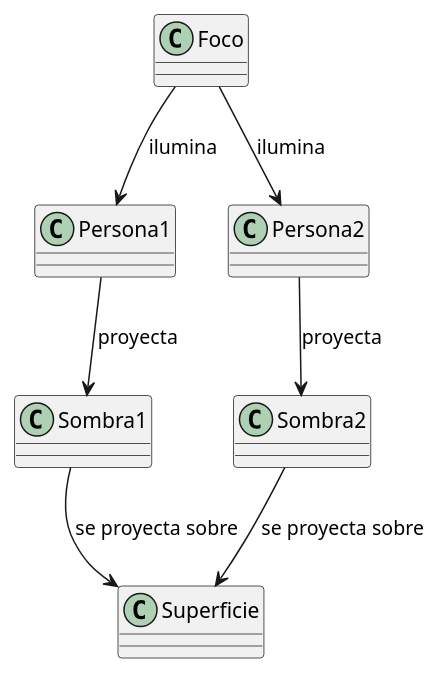
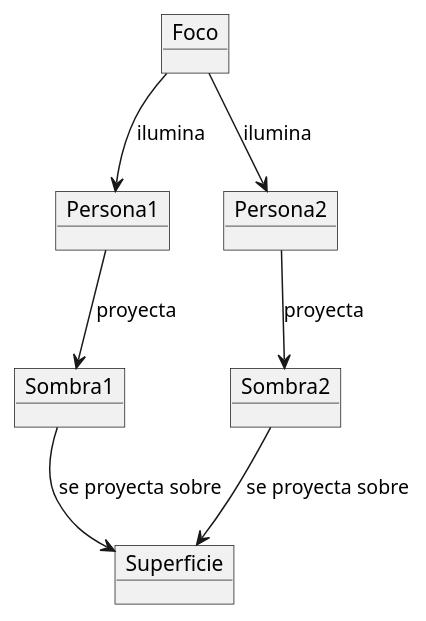
One commit to mmasias/24-25-IdSw1 changed the diagram in entregas/pelayoRAUL/EjercicioSombra/DosFocosUnaPersona.puml. Above: the diagram before and after it, drawn with PlantUML.

```diff
--- a/entregas/pelayoRAUL/EjercicioSombra/DosFocosUnaPersona.puml
+++ b/entregas/pelayoRAUL/EjercicioSombra/DosFocosUnaPersona.puml
@@ -1,28 +1,28 @@
 @startuml
-class Foco {
+Object Foco {
 }
 
-class Persona1 {
+Object Persona1 {
 }
 
-class Persona2 {
+Object Persona2 {
 }
 
-class Sombra1 {
+Object Sombra1 {
 }
 
-class Sombra2 {
+Object Sombra2 {
 }
 
-class Superficie {
+Object Superficie {
 }
 
 Foco --> Persona1 : ilumina
 Foco --> Persona2 : ilumina
 
 Persona1 --> Sombra1 : proyecta
 Persona2 --> Sombra2 : proyecta
 
 Sombra1 --> Superficie : se proyecta sobre
 Sombra2 --> Superficie : se proyecta sobre
 @enduml
```
